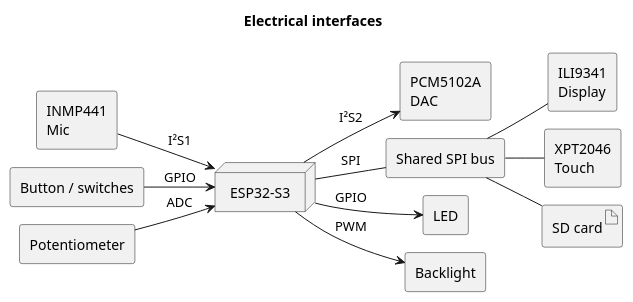
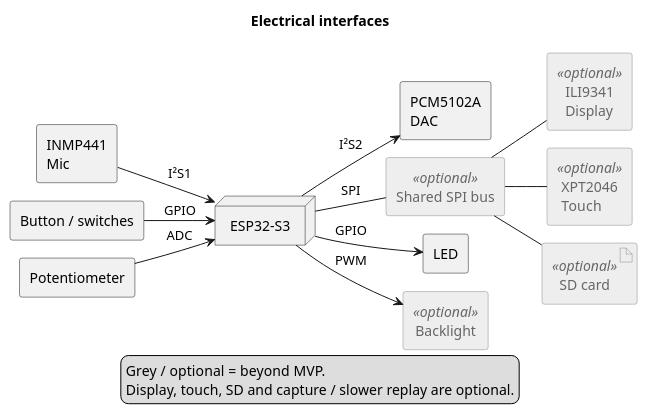
One commit to DemonicPsychoII/DigitalStethoscope changed the diagram in Development/system/architecture/electrical-interfaces.puml. Above: the diagram before and after it, drawn with PlantUML. The commit also changed 22 other files, not shown here.

First line of the commit message:
Document framework feasibility and distinguish optional MVP extensions

```diff
--- a/Development/system/architecture/electrical-interfaces.puml
+++ b/Development/system/architecture/electrical-interfaces.puml
@@ -1,31 +1,44 @@
 @startuml electrical_interfaces
-' Updated by GPT-6.1-Sol on behalf of Nico running in T3 Code through Codex.
 !pragma layout smetana
 skinparam shadowing false
+skinparam component {
+ BackgroundColor<<optional>> #EEEEEE
+ BorderColor<<optional>> #888888
+ FontColor<<optional>> #666666
+}
+skinparam artifact {
+ BackgroundColor<<optional>> #EEEEEE
+ BorderColor<<optional>> #888888
+ FontColor<<optional>> #666666
+}
 skinparam componentStyle rectangle
 skinparam defaultFontName SansSerif
 ' Presentation I2S1 = devicetree i2s0 (mic); I2S2 = i2s1 (DAC).
 title Electrical interfaces
 left to right direction
 component "INMP441\nMic" as mic
 component "PCM5102A\nDAC" as dac
 node "ESP32-S3" as cpu
-component "ILI9341\nDisplay" as display
-component "XPT2046\nTouch" as touch
-artifact "SD card" as sd
-component "Shared SPI bus" as spi
+component "ILI9341\nDisplay" as display <<optional>>
+component "XPT2046\nTouch" as touch <<optional>>
+artifact "SD card" as sd <<optional>>
+component "Shared SPI bus" as spi <<optional>>
 component "Button / switches" as controls
 component "Potentiometer" as pot
 component "LED" as led
-component "Backlight" as backlight
+component "Backlight" as backlight <<optional>>
 mic --> cpu : I²S1
 cpu --> dac : I²S2
 cpu -- spi : SPI
 spi -- display
 spi -- touch
 spi -- sd
 controls --> cpu : GPIO
 pot --> cpu : ADC
 cpu --> led : GPIO
 cpu --> backlight : PWM
+legend bottom
+  Grey / optional = beyond MVP.
+  Display, touch, SD and capture / slower replay are optional.
+endlegend
 @enduml
```
